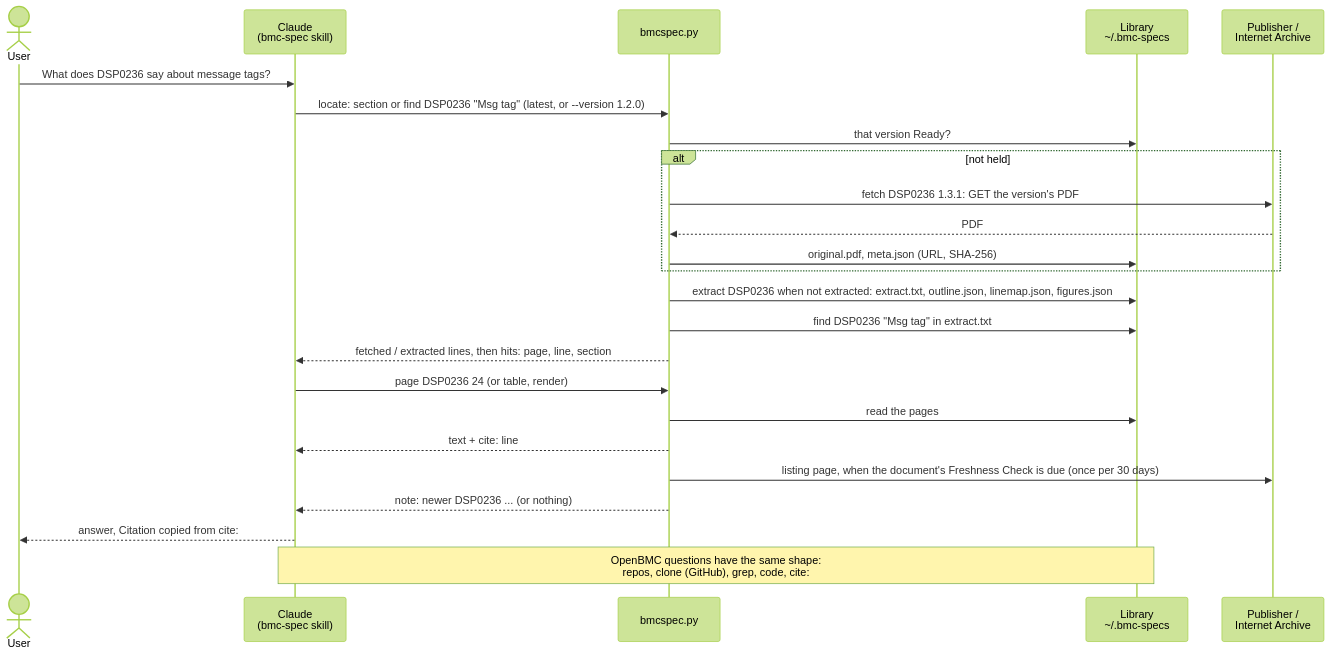
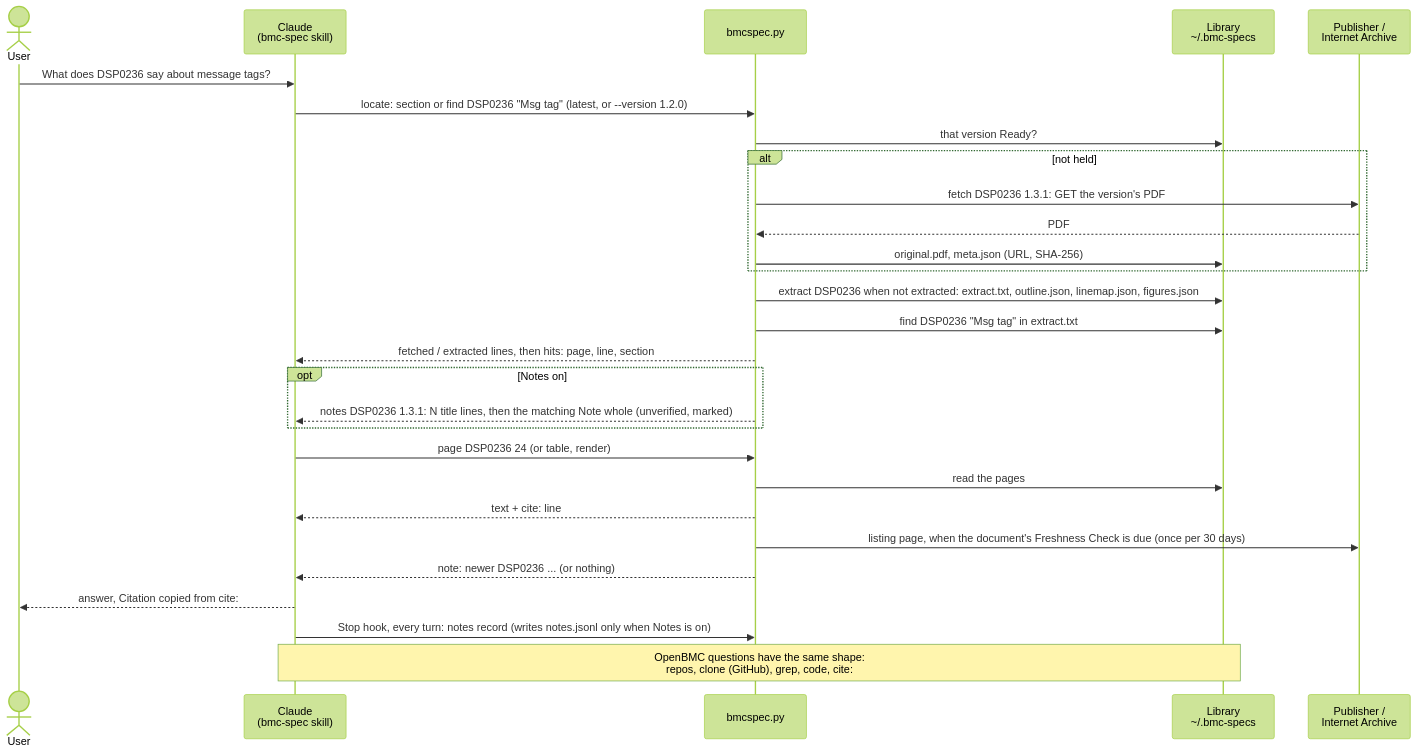
One commit to ianmhuang/bmc-toolkit changed the second of 2 diagrams in README.md. Above: the diagram before and after it, drawn with Mermaid (forest theme). The commit also changed other lines of this file and 2 other files, not shown here.

````diff
--- a/README.md
+++ b/README.md
@@ -60,27 +82,30 @@
 ```mermaid
 sequenceDiagram
     actor User
     participant Claude as Claude<br/>(bmc-spec skill)
     participant CLI as bmcspec.py
     participant Lib as Library<br/>~/.bmc-specs
     participant Pub as Publisher /<br/>Internet Archive
-
     User->>Claude: What does DSP0236 say about message tags?
     Claude->>CLI: locate: section or find DSP0236 "Msg tag" (latest, or --version 1.2.0)
     CLI->>Lib: that version Ready?
     alt not held
         CLI->>Pub: fetch DSP0236 1.3.1: GET the version's PDF
         Pub-->>CLI: PDF
         CLI->>Lib: original.pdf, meta.json (URL, SHA-256)
     end
     CLI->>Lib: extract DSP0236 when not extracted: extract.txt, outline.json, linemap.json, figures.json
     CLI->>Lib: find DSP0236 "Msg tag" in extract.txt
     CLI-->>Claude: fetched / extracted lines, then hits: page, line, section
+    opt Notes on
+        CLI-->>Claude: notes DSP0236 1.3.1: N title lines, then the matching Note whole (unverified, marked)
+    end
     Claude->>CLI: page DSP0236 24 (or table, render)
     CLI->>Lib: read the pages
     CLI-->>Claude: text + cite: line
     CLI->>Pub: listing page, when the document's Freshness Check is due (once per 30 days)
     CLI-->>Claude: note: newer DSP0236 ... (or nothing)
     Claude-->>User: answer, Citation copied from cite:
+    Claude->>CLI: Stop hook, every turn: notes record (writes notes.jsonl only when Notes is on)
     Note over Claude,Lib: OpenBMC questions have the same shape:<br/>repos, clone (GitHub), grep, code, cite:
 ```
````
